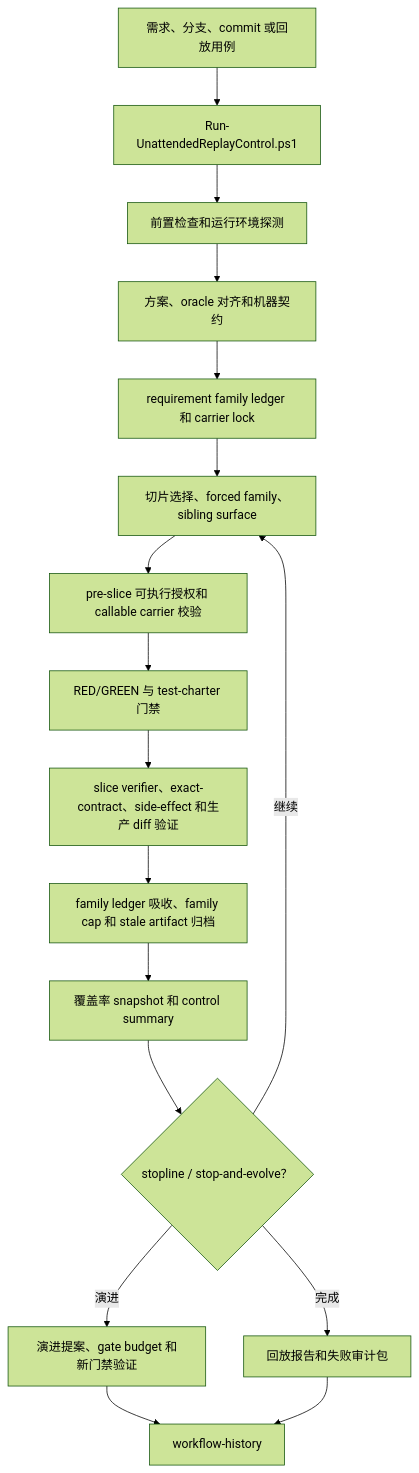
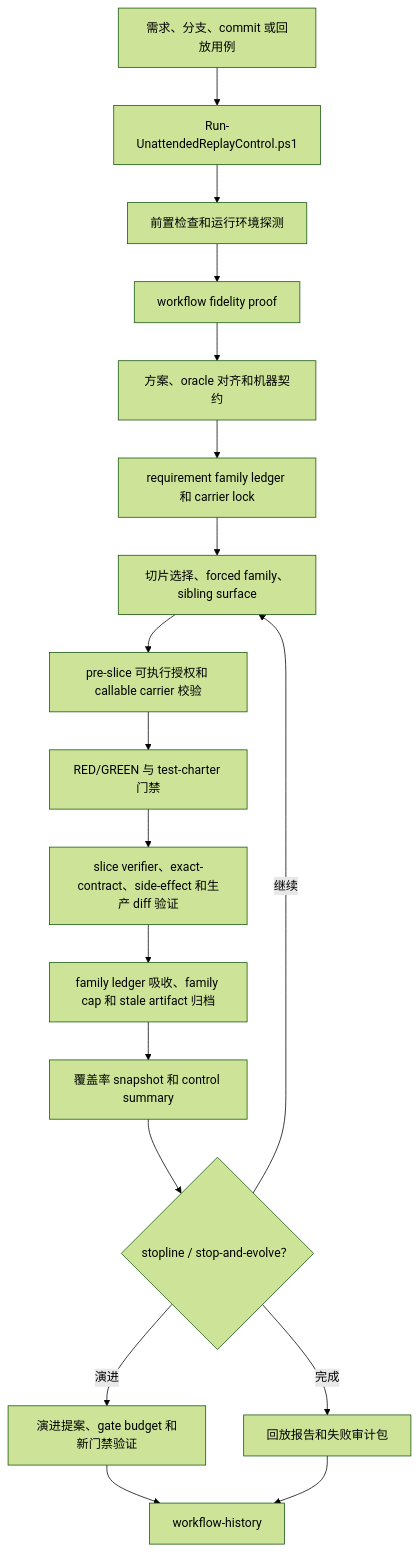
Before and after one commit to hxld/ai-workflow-control-kit: the sixth of 8 diagrams in docs/ARCHITECTURE.md, drawn with Mermaid (forest theme). The commit also changed other lines of this file and 1 other file, not shown here.

Commit message:
docs(replay): refresh architecture for v716 control plane

````diff
--- a/docs/ARCHITECTURE.md
+++ b/docs/ARCHITECTURE.md
@@ -374,19 +376,20 @@
 ```mermaid
 flowchart TD
     Input["需求、分支、commit 或回放用例"] --> Controller["Run-UnattendedReplayControl.ps1"]
     Controller --> Preflight["前置检查和运行环境探测"]
-    Preflight --> Plan["方案、oracle 对齐和机器契约"]
+    Preflight --> Fidelity["workflow fidelity proof"]
+    Fidelity --> Plan["方案、oracle 对齐和机器契约"]
     Plan --> Family["requirement family ledger 和 carrier lock"]
     Family --> Slice["切片选择、forced family、sibling surface"]
     Slice --> Authorization["pre-slice 可执行授权和 callable carrier 校验"]
     Authorization --> TDD["RED/GREEN 与 test-charter 门禁"]
     TDD --> Verifier["slice verifier、exact-contract、side-effect 和生产 diff 验证"]
     Verifier --> Ledger["family ledger 吸收、family cap 和 stale artifact 归档"]
     Ledger --> Snapshot["覆盖率 snapshot 和 control summary"]
     Snapshot --> Stopline{"stopline / stop-and-evolve？"}
     Stopline -->|继续| Slice
     Stopline -->|演进| Evolution["演进提案、gate budget 和新门禁验证"]
     Stopline -->|完成| Report["回放报告和失败审计包"]
     Evolution --> History["workflow-history"]
     Report --> History
 ```
````
